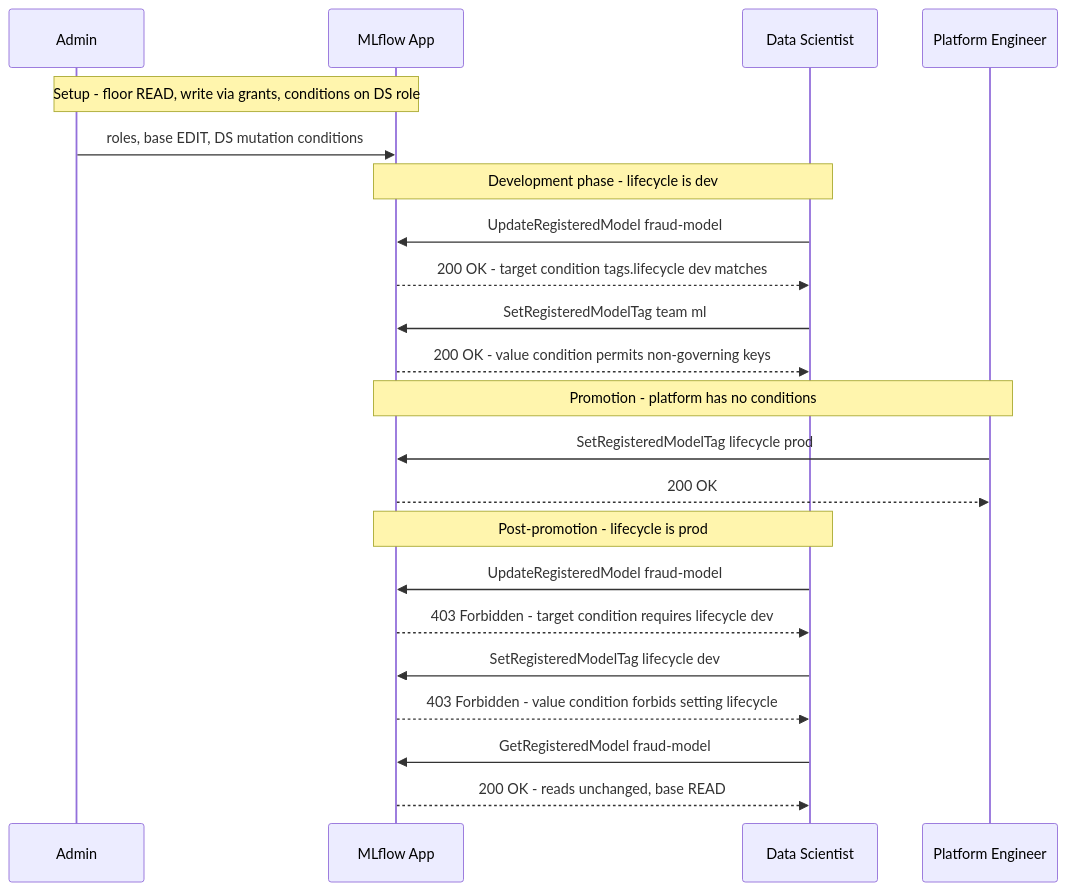
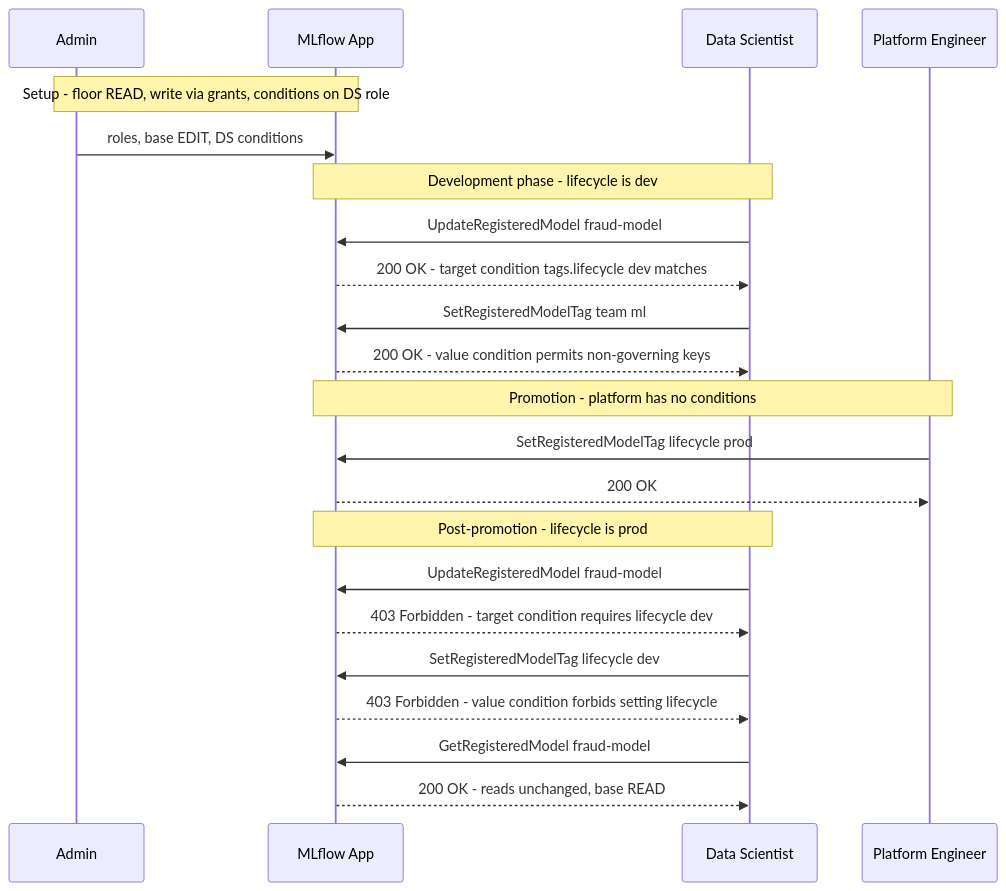
The first of 3 diagrams in rfcs/0000-condition-based-access-control/0000-condition-based-access-control.md (mlflow/rfcs), drawn with Mermaid before and after one commit. The commit also changed other lines of this file, not shown here.

First line of the commit message:
docs(rfc): Name conditions for any action, not just mutations

````diff
--- a/rfcs/0000-condition-based-access-control/0000-condition-based-access-control.md
+++ b/rfcs/0000-condition-based-access-control/0000-condition-based-access-control.md
@@ -62,28 +62,28 @@
 ```mermaid
 sequenceDiagram
     participant Admin
     participant MLflow as MLflow App
     participant DS as Data Scientist
     participant Platform as Platform Engineer
 
     Note over Admin,MLflow: Setup - floor READ, write via grants, conditions on DS role
-    Admin->>MLflow: roles, base EDIT, DS mutation conditions
+    Admin->>MLflow: roles, base EDIT, DS conditions
 
     Note over DS,MLflow: Development phase - lifecycle is dev
     DS->>MLflow: UpdateRegisteredModel fraud-model
     MLflow-->>DS: 200 OK - target condition tags.lifecycle dev matches
     DS->>MLflow: SetRegisteredModelTag team ml
     MLflow-->>DS: 200 OK - value condition permits non-governing keys
 
     Note over Platform,MLflow: Promotion - platform has no conditions
     Platform->>MLflow: SetRegisteredModelTag lifecycle prod
     MLflow-->>Platform: 200 OK
 
     Note over DS,MLflow: Post-promotion - lifecycle is prod
     DS->>MLflow: UpdateRegisteredModel fraud-model
     MLflow-->>DS: 403 Forbidden - target condition requires lifecycle dev
     DS->>MLflow: SetRegisteredModelTag lifecycle dev
     MLflow-->>DS: 403 Forbidden - value condition forbids setting lifecycle
     DS->>MLflow: GetRegisteredModel fraud-model
     MLflow-->>DS: 200 OK - reads unchanged, base READ
 ```
````
